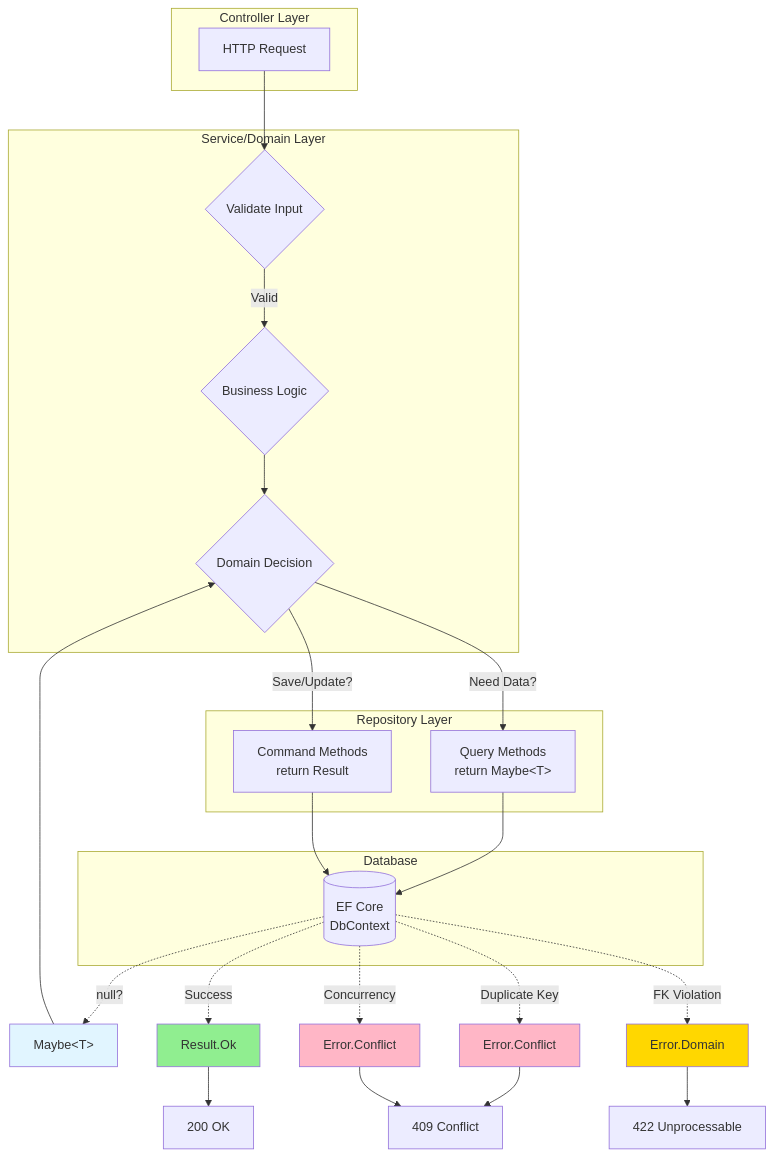
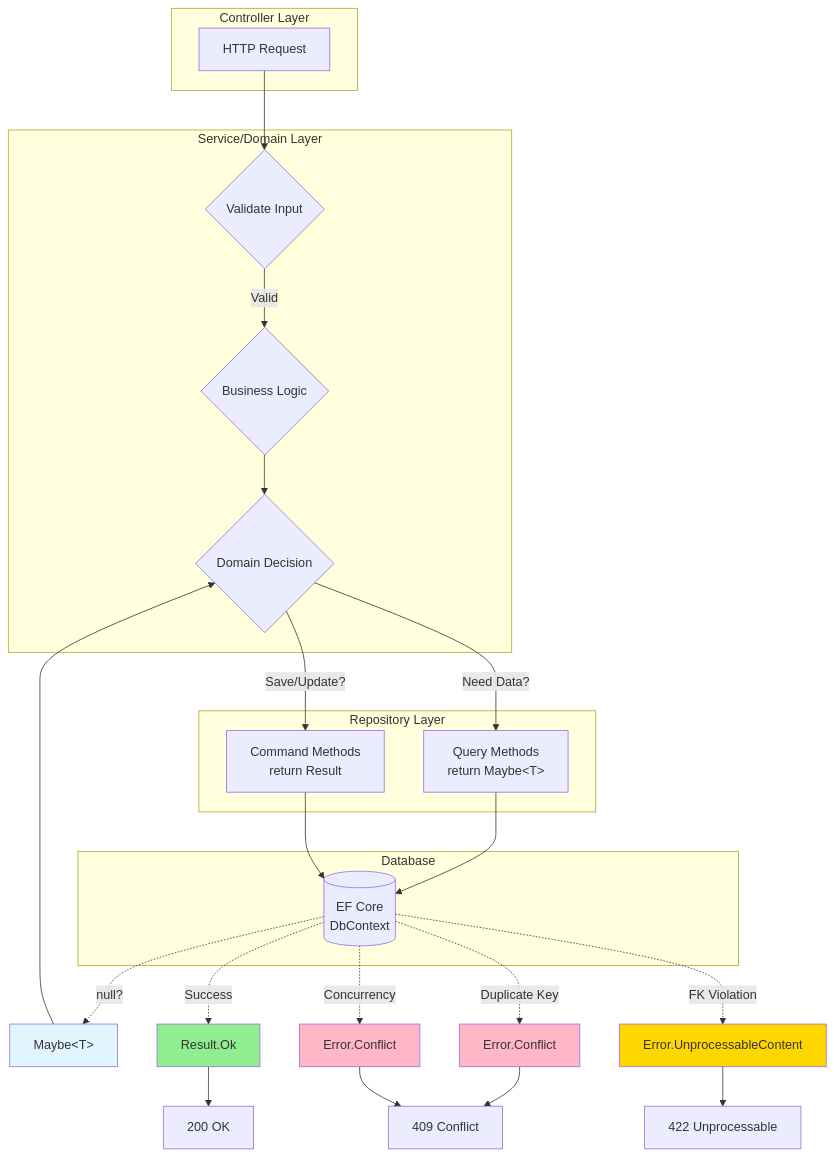
One commit to xavierjohn/Trellis changed the sixth of 18 diagrams in docs/DIAGRAMS.md. Above: the diagram before and after it, drawn with Mermaid. The commit also changed other lines of this file and 508 other files, not shown here.

````diff
--- a/docs/DIAGRAMS.md
+++ b/docs/DIAGRAMS.md
@@ -221,48 +221,48 @@
 ```mermaid
 graph TB
     subgraph Controller["Controller Layer"]
         REQ[HTTP Request]
     end
     
     subgraph Service["Service/Domain Layer"]
         VAL{Validate Input}
         LOGIC{Business Logic}
         DEC{Domain Decision}
     end
     
     subgraph Repository["Repository Layer"]
         QUERY[Query Methods<br/>return Maybe&lt;T&gt;]
         COMMAND[Command Methods<br/>return Result]
     end
     
     subgraph Database["Database"]
         DB[(EF Core<br/>DbContext)]
     end
     
     REQ --> VAL
     VAL -->|Valid| LOGIC
     LOGIC --> DEC
     
     DEC -->|Need Data?| QUERY
     QUERY --> DB
     DB -.->|null?| MAYBE[Maybe&lt;T&gt;]
     MAYBE --> DEC
     
     DEC -->|Save/Update?| COMMAND
     COMMAND --> DB
     DB -.->|Success| RES_OK[Result.Ok]
     DB -.->|Duplicate Key| RES_CONFLICT[Error.Conflict]
-    DB -.->|FK Violation| RES_DOMAIN[Error.Domain]
+    DB -.->|FK Violation| RES_DOMAIN[Error.UnprocessableContent]
     DB -.->|Concurrency| RES_CONFLICT2[Error.Conflict]
     
     RES_OK --> HTTP_OK[200 OK]
     RES_CONFLICT --> HTTP_409[409 Conflict]
     RES_DOMAIN --> HTTP_422[422 Unprocessable]
     RES_CONFLICT2 --> HTTP_409
     
     style MAYBE fill:#E1F5FF
     style RES_OK fill:#90EE90
     style RES_CONFLICT fill:#FFB6C6
     style RES_DOMAIN fill:#FFD700
     style RES_CONFLICT2 fill:#FFB6C6
 ```
````
